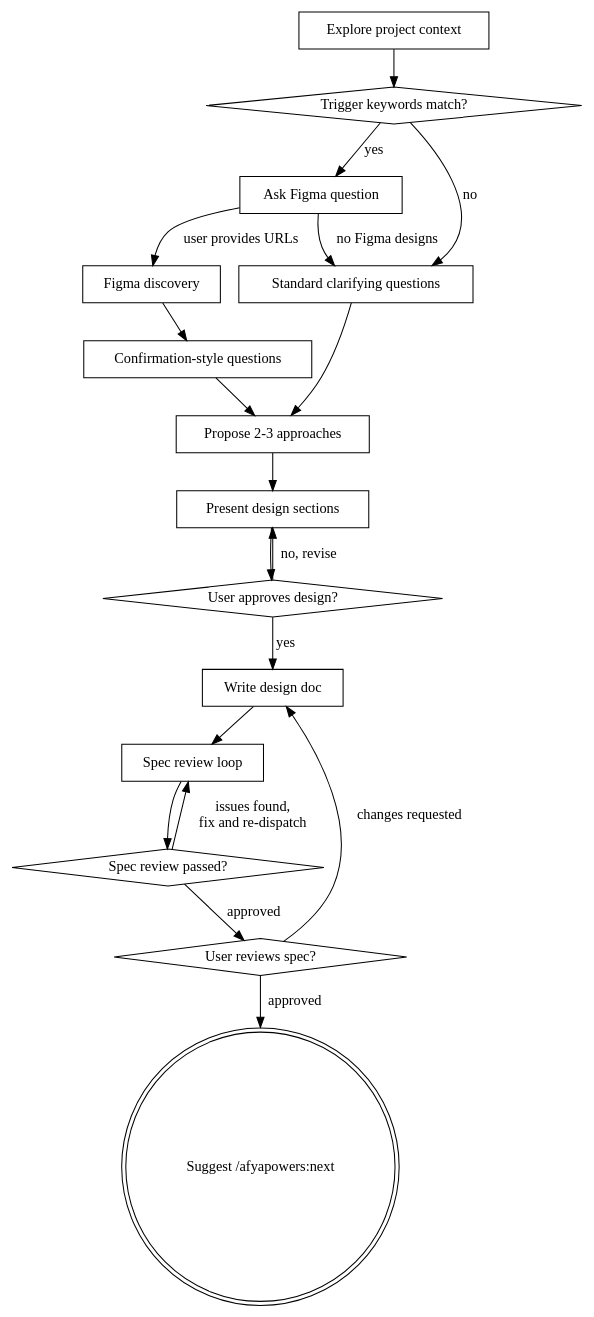
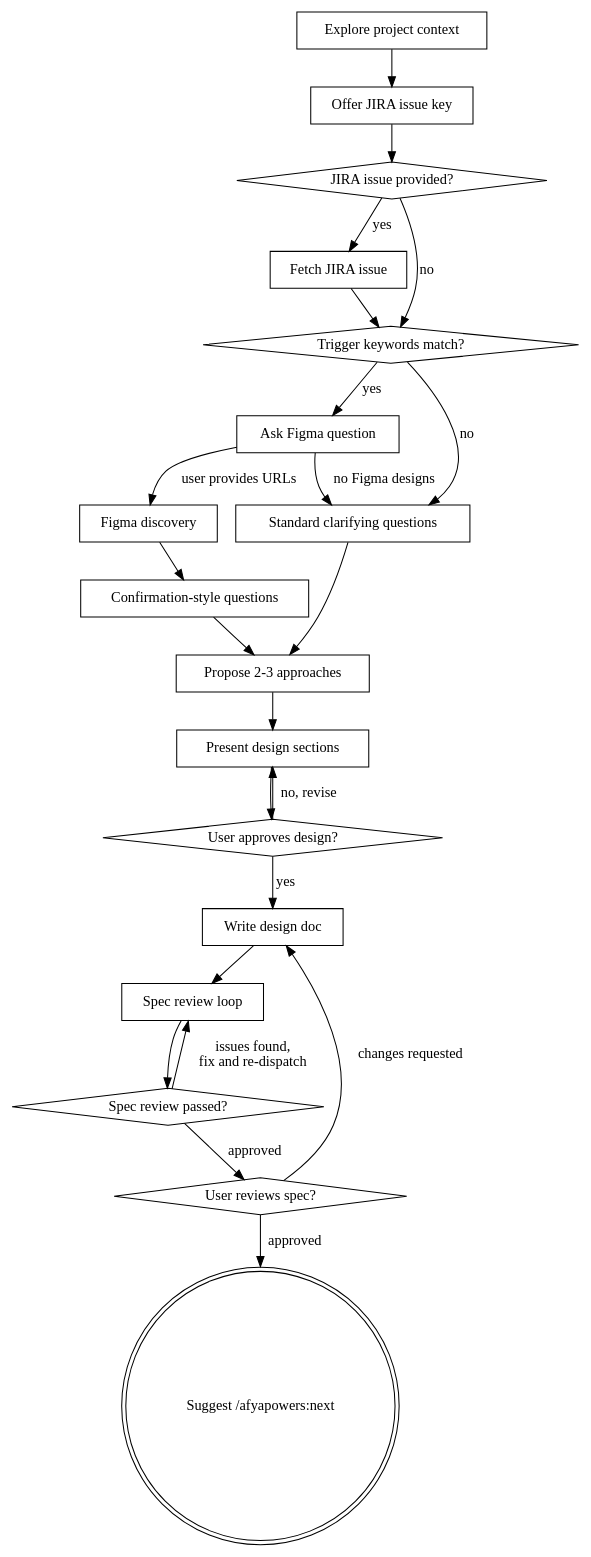
One commit to iclinic/afyapowers changed the diagram in skills/design/SKILL.md. Above: the diagram before and after it, drawn with Graphviz. The commit also changed other lines of this file and 1 other file, not shown here.

Commit message:
feat: ask for jira issue in the beginning of design phase

````diff
--- a/skills/design/SKILL.md
+++ b/skills/design/SKILL.md
@@ -41,37 +42,44 @@
 ```dot
 digraph design {
     "Explore project context" [shape=box];
+    "Offer JIRA issue key" [shape=box];
+    "JIRA issue provided?" [shape=diamond];
+    "Fetch JIRA issue" [shape=box];
     "Trigger keywords match?" [shape=diamond];
     "Ask Figma question" [shape=box];
     "Figma discovery" [shape=box];
     "Confirmation-style questions" [shape=box];
     "Standard clarifying questions" [shape=box];
     "Propose 2-3 approaches" [shape=box];
     "Present design sections" [shape=box];
     "User approves design?" [shape=diamond];
     "Write design doc" [shape=box];
     "Spec review loop" [shape=box];
     "Spec review passed?" [shape=diamond];
     "User reviews spec?" [shape=diamond];
     "Suggest /afyapowers:next" [shape=doublecircle];
 
-    "Explore project context" -> "Trigger keywords match?";
+    "Explore project context" -> "Offer JIRA issue key";
+    "Offer JIRA issue key" -> "JIRA issue provided?";
+    "JIRA issue provided?" -> "Fetch JIRA issue" [label="yes"];
+    "JIRA issue provided?" -> "Trigger keywords match?" [label="no"];
+    "Fetch JIRA issue" -> "Trigger keywords match?";
     "Trigger keywords match?" -> "Ask Figma question" [label="yes"];
     "Trigger keywords match?" -> "Standard clarifying questions" [label="no"];
     "Ask Figma question" -> "Figma discovery" [label="user provides URLs"];
     "Ask Figma question" -> "Standard clarifying questions" [label="no Figma designs"];
     "Figma discovery" -> "Confirmation-style questions";
     "Confirmation-style questions" -> "Propose 2-3 approaches";
     "Standard clarifying questions" -> "Propose 2-3 approaches";
     "Propose 2-3 approaches" -> "Present design sections";
     "Present design sections" -> "User approves design?";
     "User approves design?" -> "Present design sections" [label="no, revise"];
     "User approves design?" -> "Write design doc" [label="yes"];
     "Write design doc" -> "Spec review loop";
     "Spec review loop" -> "Spec review passed?";
     "Spec review passed?" -> "Spec review loop" [label="issues found,\nfix and re-dispatch"];
     "Spec review passed?" -> "User reviews spec?" [label="approved"];
     "User reviews spec?" -> "Write design doc" [label="changes requested"];
     "User reviews spec?" -> "Suggest /afyapowers:next" [label="approved"];
 }
 ```
````
